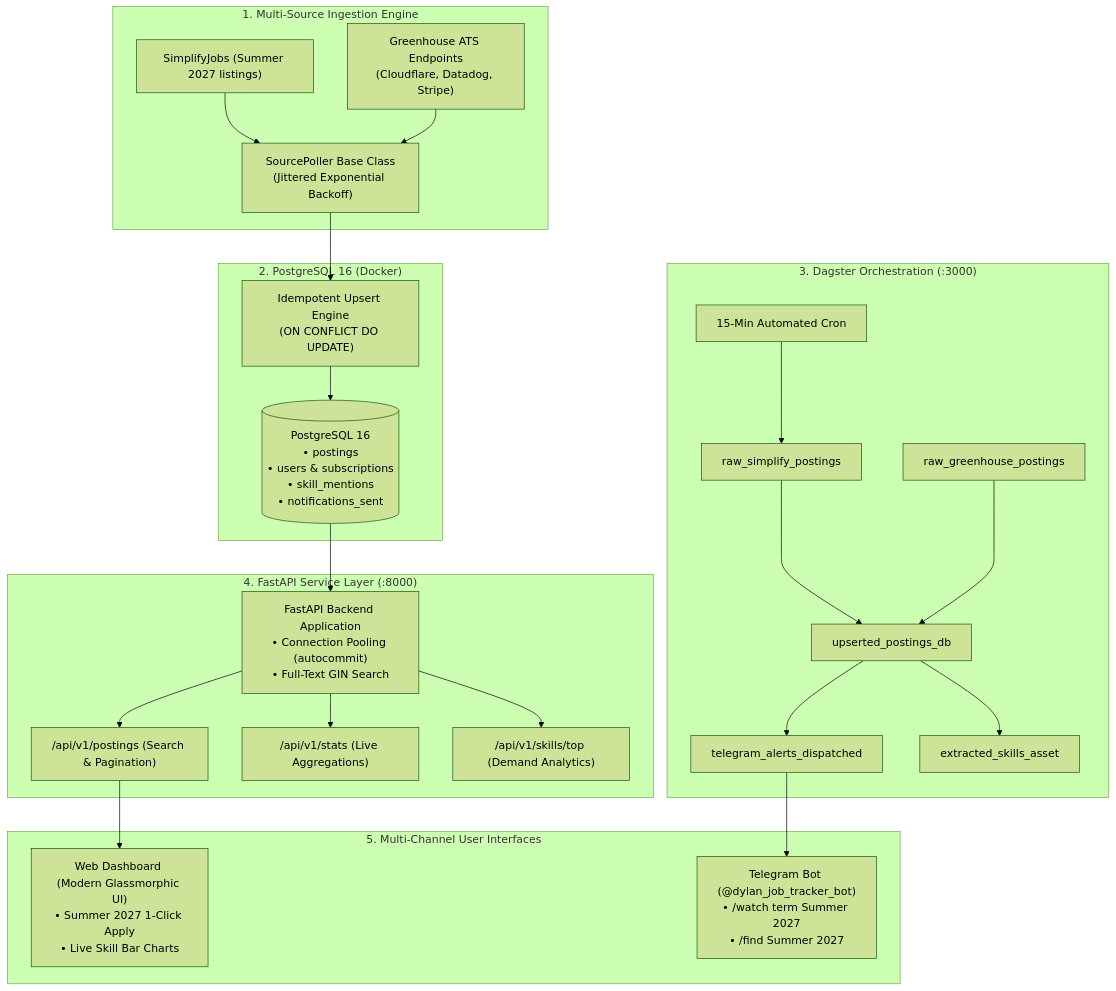
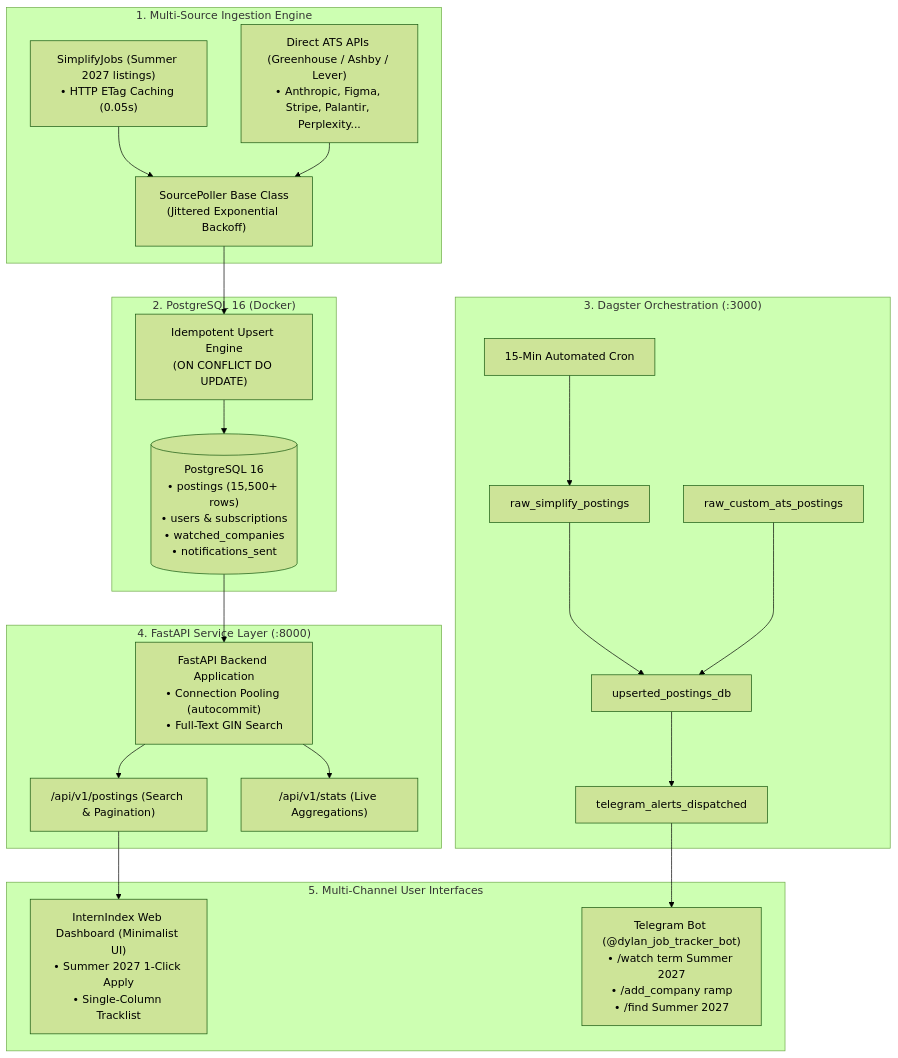
The diagram in README.md (Dylan916/job-posting-tracker), drawn with Mermaid (forest theme) before and after one commit. The commit also changed other lines of this file and 1 other file, not shown here.

Commit message:
docs: update branding to InternIndex and polish documentation

````diff
--- a/README.md
+++ b/README.md
@@ -9,32 +9,30 @@
 ```mermaid
 flowchart TD
     subgraph Ingestion ["1. Multi-Source Ingestion Engine"]
-        S1["SimplifyJobs (Summer 2027 listings)"] --> Base["SourcePoller Base Class\n(Jittered Exponential Backoff)"]
-        S2["Greenhouse ATS Endpoints\n(Cloudflare, Datadog, Stripe)"] --> Base
+        S1["SimplifyJobs (Summer 2027 listings)\n• HTTP ETag Caching (0.05s)"] --> Base["SourcePoller Base Class\n(Jittered Exponential Backoff)"]
+        S2["Direct ATS APIs (Greenhouse / Ashby / Lever)\n• Anthropic, Figma, Stripe, Palantir, Perplexity..."] --> Base
     end
 
     subgraph Storage ["2. PostgreSQL 16 (Docker)"]
         Base --> Upsert["Idempotent Upsert Engine\n(ON CONFLICT DO UPDATE)"]
-        Upsert --> DB[("PostgreSQL 16\n• postings\n• users & subscriptions\n• skill_mentions\n• notifications_sent")]
+        Upsert --> DB[("PostgreSQL 16\n• postings (15,500+ rows)\n• users & subscriptions\n• watched_companies\n• notifications_sent")]
     end
 
     subgraph Orchestration ["3. Dagster Orchestration (:3000)"]
         A1["raw_simplify_postings"] --> A3["upserted_postings_db"]
-        A2["raw_greenhouse_postings"] --> A3
+        A2["raw_custom_ats_postings"] --> A3
         A3 --> A4["telegram_alerts_dispatched"]
-        A3 --> A5["extracted_skills_asset"]
         Schedule["15-Min Automated Cron"] --> A1
     end
 
     subgraph ServiceLayer ["4. FastAPI Service Layer (:8000)"]
         DB --> API["FastAPI Backend Application\n• Connection Pooling (autocommit)\n• Full-Text GIN Search"]
         API --> Postings["/api/v1/postings (Search & Pagination)"]
         API --> Stats["/api/v1/stats (Live Aggregations)"]
-        API --> Skills["/api/v1/skills/top (Demand Analytics)"]
     end
 
     subgraph UserInterfaces ["5. Multi-Channel User Interfaces"]
-        Postings --> Web["Web Dashboard (Modern Glassmorphic UI)\n• Summer 2027 1-Click Apply\n• Live Skill Bar Charts"]
-        A4 --> Bot["Telegram Bot (@dylan_job_tracker_bot)\n• /watch term Summer 2027\n• /find Summer 2027"]
+        Postings --> Web["InternIndex Web Dashboard (Minimalist UI)\n• Summer 2027 1-Click Apply\n• Single-Column Tracklist"]
+        A4 --> Bot["Telegram Bot (@dylan_job_tracker_bot)\n• /watch term Summer 2027\n• /add_company ramp\n• /find Summer 2027"]
     end
 ```
````
